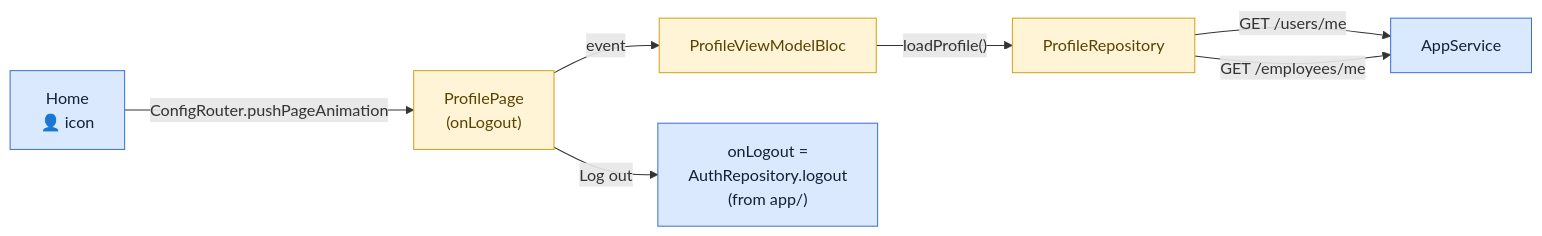
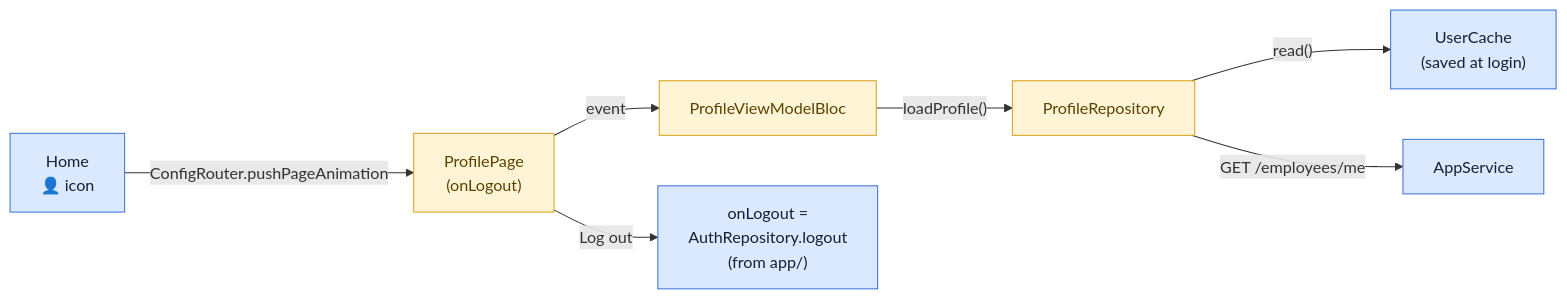
Before and after one commit to krouchvanyda/erp_flutter_claude: the first of 3 diagrams in docs/learning/REBUILD/09-profile-view.md, drawn with Mermaid. The commit also changed other lines of this file and 10 other files, not shown here.

Commit message:
feat(profile): implement UserCache for storing logged-in user data and update profile loading logic to utilize cached user information

````diff
--- a/docs/learning/REBUILD/09-profile-view.md
+++ b/docs/learning/REBUILD/09-profile-view.md
@@ -28,14 +29,14 @@
 ```mermaid
 flowchart LR
     H["Home<br/>👤 icon"] -->|"ConfigRouter.pushPageAnimation"| P["ProfilePage<br/>(onLogout)"]
     P -->|"event"| B["ProfileViewModelBloc"]
     B -->|"loadProfile()"| R["ProfileRepository"]
-    R -->|"GET /users/me"| A["AppService"]
-    R -->|"GET /employees/me"| A
+    R -->|"read()"| C["UserCache<br/>(saved at login)"]
+    R -->|"GET /employees/me"| A["AppService"]
     P -->|"Log out"| L["onLogout =<br/>AuthRepository.logout<br/>(from app/)"]
 
     classDef feat fill:#fff4d6,stroke:#d4a017,color:#5a4300
     classDef core fill:#dbe9ff,stroke:#3b6fd8,color:#123
     class P,B,R feat
-    class H,A,L core
+    class H,A,L,C core
 ```
````
